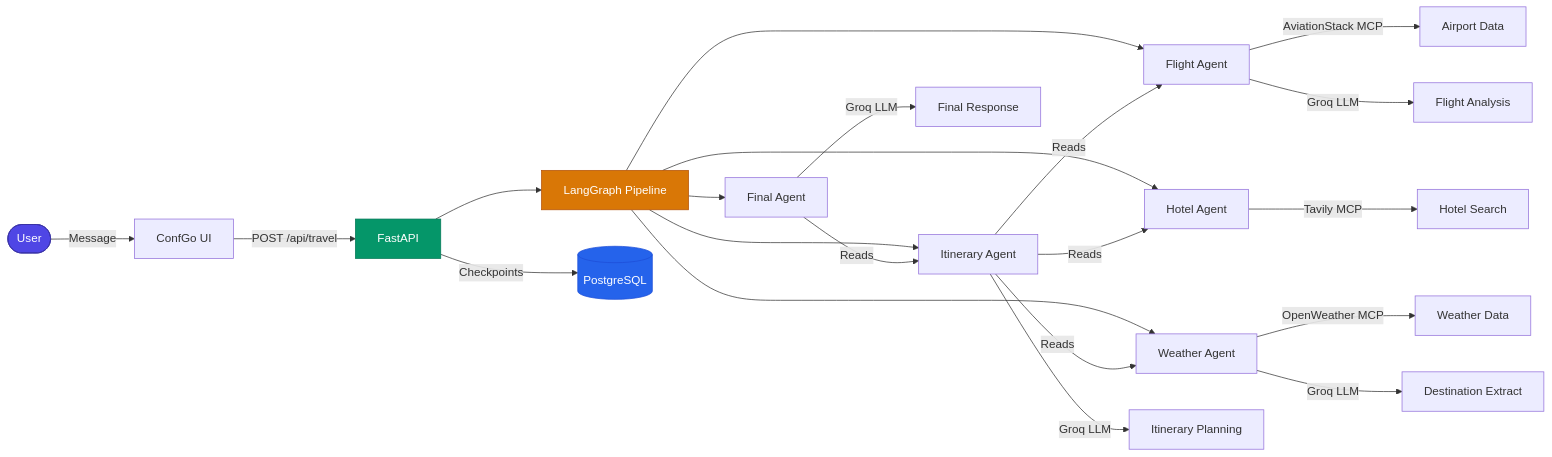
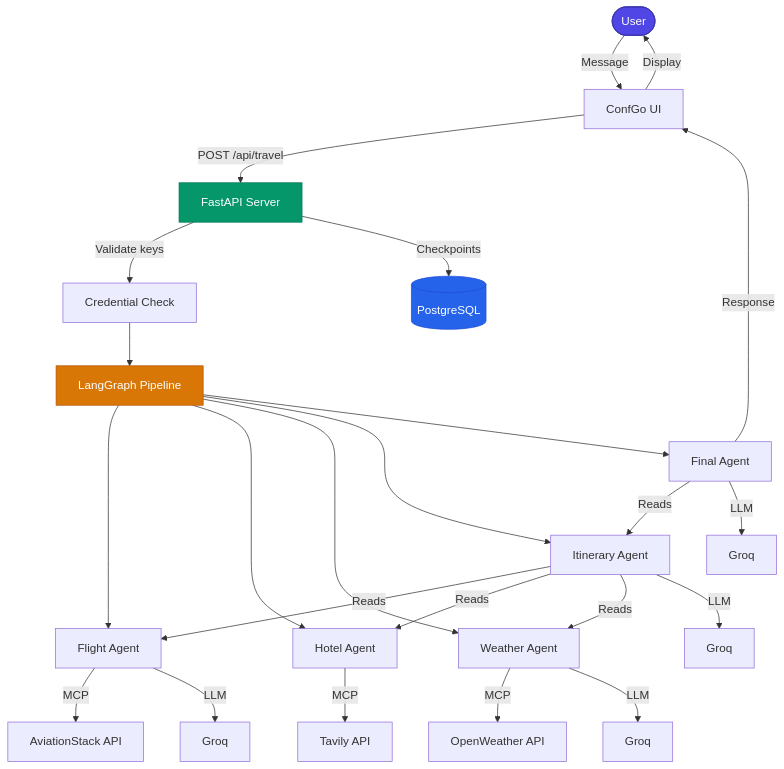
One commit to nimblenitin/ConfGo changed the diagram in README.md. Above: the diagram before and after it, drawn with Mermaid. The commit also changed other lines of this file, not shown here.

Commit message:
Add architecture diagram after intro

````diff
--- a/README.md
+++ b/README.md
@@ -60,35 +13,39 @@
 ```mermaid
-flowchart LR
-    User([User]) -->|Message| UI[ConfGo UI]
-    UI -->|POST /api/travel| API[FastAPI]
-    API --> Graph[LangGraph Pipeline]
+flowchart TD
+    U([User]) -->|Message| UI[ConfGo UI]
+    UI -->|POST /api/travel| API[FastAPI Server]
+    API -->|Validate keys| AUTH[Credential Check]
+    AUTH --> G[LangGraph Pipeline]
     
-    Graph --> A1[Flight Agent]
-    Graph --> A2[Hotel Agent]
-    Graph --> A3[Weather Agent]
-    Graph --> A4[Itinerary Agent]
-    Graph --> A5[Final Agent]
+    G --> A1[Flight Agent]
+    G --> A2[Hotel Agent]
+    G --> A3[Weather Agent]
+    G --> A4[Itinerary Agent]
+    G --> A5[Final Agent]
     
-    A1 -->|AviationStack MCP| DB1[Airport Data]
-    A1 -->|Groq LLM| LLM1[Flight Analysis]
+    A1 -->|MCP| AS[AviationStack API]
+    A1 -->|LLM| GQ1[Groq]
     
-    A2 -->|Tavily MCP| WEB[Hotel Search]
+    A2 -->|MCP| TV[Tavily API]
     
-    A3 -->|OpenWeather MCP| WX[Weather Data]
-    A3 -->|Groq LLM| LLM2[Destination Extract]
+    A3 -->|MCP| OW[OpenWeather API]
+    A3 -->|LLM| GQ2[Groq]
     
-    A4 -->|Groq LLM| LLM3[Itinerary Planning]
     A4 -->|Reads| A1
     A4 -->|Reads| A2
     A4 -->|Reads| A3
+    A4 -->|LLM| GQ3[Groq]
     
-    A5 -->|Groq LLM| LLM4[Final Response]
     A5 -->|Reads| A4
+    A5 -->|LLM| GQ4[Groq]
     
     API -->|Checkpoints| PG[(PostgreSQL)]
     
-    style User fill:#4f46e5,stroke:#3730a3,color:#fff
+    A5 -->|Response| UI
+    UI -->|Display| U
+
+    style U fill:#4f46e5,stroke:#3730a3,color:#fff
     style API fill:#059669,stroke:#047857,color:#fff
-    style Graph fill:#d97706,stroke:#b45309,color:#fff
+    style G fill:#d97706,stroke:#b45309,color:#fff
     style PG fill:#2563eb,stroke:#1d4ed8,color:#fff
 ```
````
